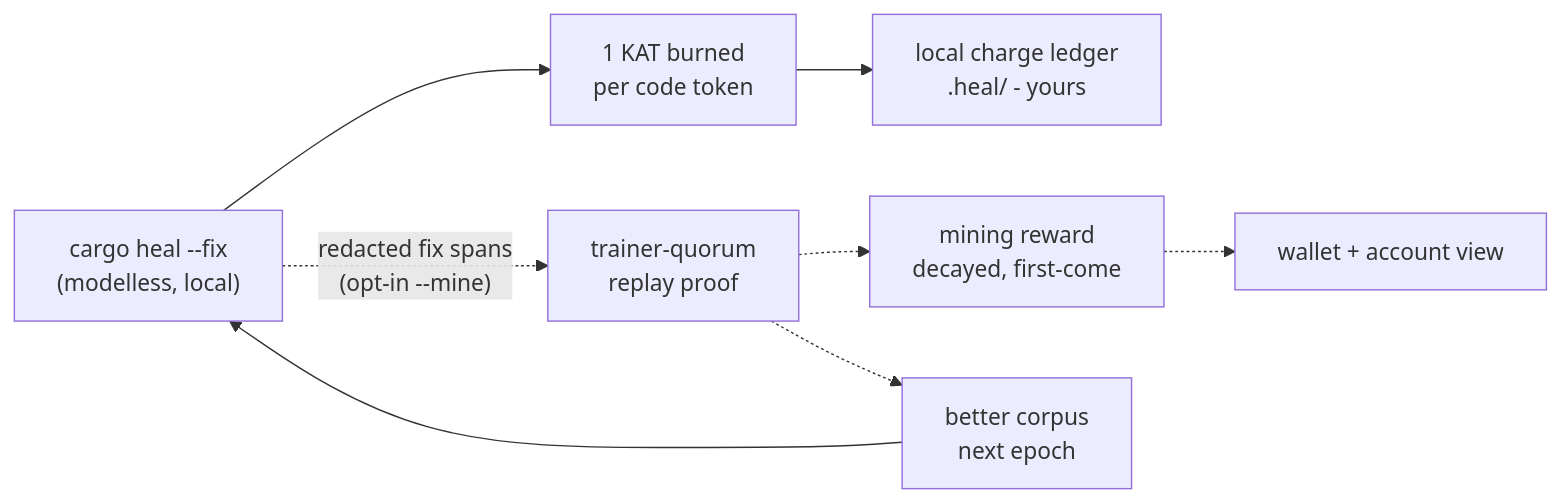
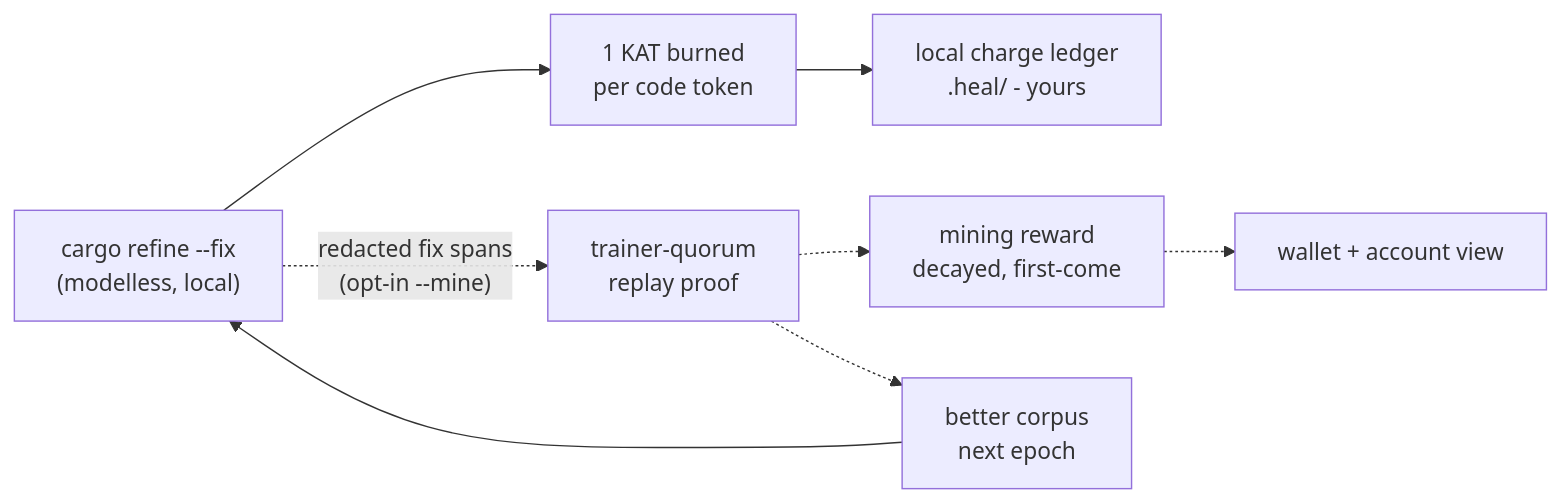
The diagram in README.md (gist-rs/cargo-refine), drawn with Mermaid before and after one commit. The commit also changed other lines of this file and 2 other files, not shown here.

Commit message:
the refine rename: installers, README, guard — cargo-refine commands/URLs/asset names throughout; pre-rename releases (<=v0.1.4) stay installable via the cargo-heal asset-spelling fallback (the binary the archive actually contains)

````diff
--- a/README.md
+++ b/README.md
@@ -109,10 +109,10 @@
 ```mermaid
 flowchart LR
-    A["cargo heal --fix<br/>(modelless, local)"] --> B["1 KAT burned<br/>per code token"]
+    A["cargo refine --fix<br/>(modelless, local)"] --> B["1 KAT burned<br/>per code token"]
     B --> C["local charge ledger<br/>.heal/ - yours"]
     A -. "redacted fix spans<br/>(opt-in --mine)" .-> D["trainer-quorum<br/>replay proof"]
     D -.-> F["mining reward<br/>decayed, first-come"]
     D -.-> G["better corpus<br/>next epoch"]
     G --> A
     F -.-> H["wallet + account view"]
 ```
````
